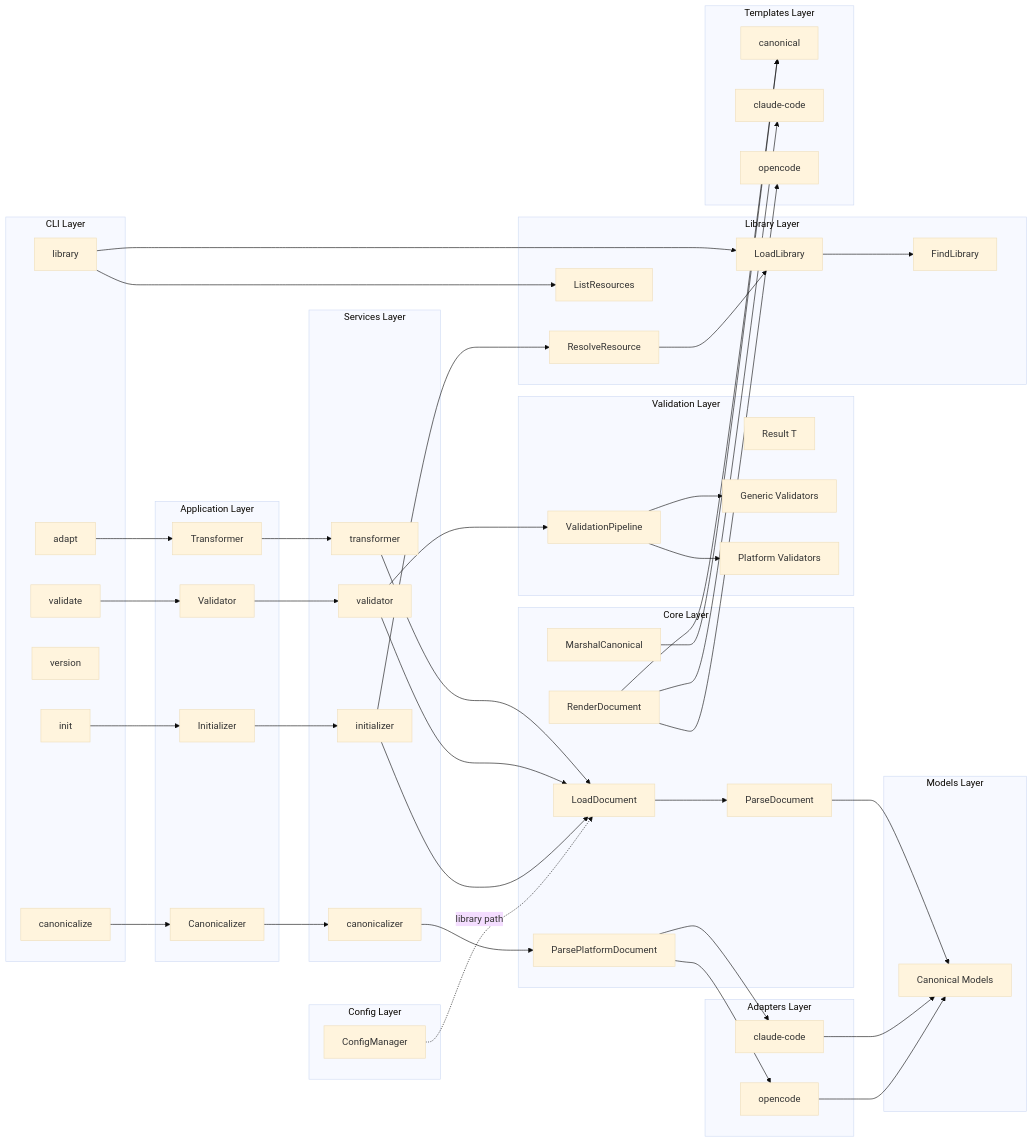
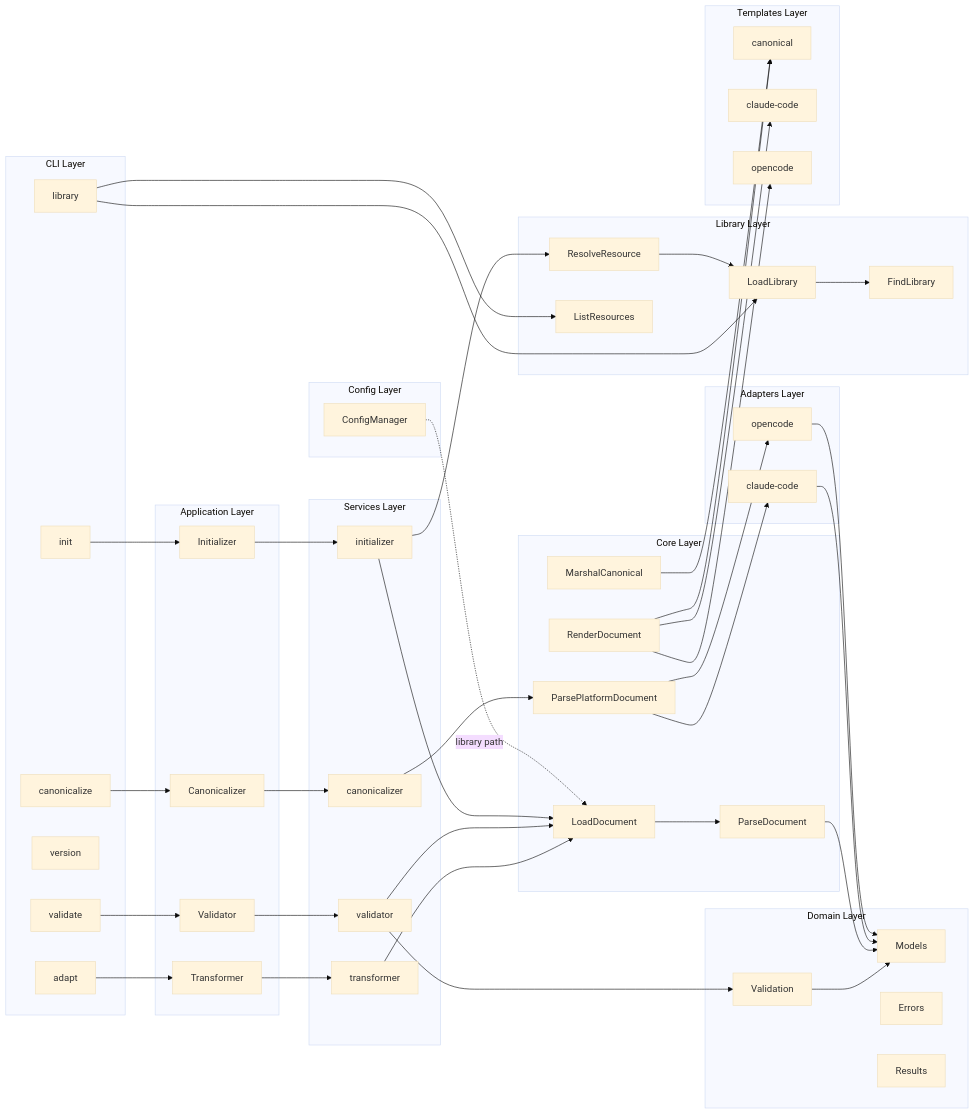
One commit to amauryconstant/germinator changed the first of 2 diagrams in AGENTS.md. Above: the diagram before and after it, drawn with Mermaid (base theme). The commit also changed other lines of this file and 4 other files, not shown here.

````diff
--- a/AGENTS.md
+++ b/AGENTS.md
@@ -44,11 +44,11 @@
         MC[MarshalCanonical]
     end
 
-    subgraph VAL[Validation Layer]
-        RS[Result T]
-        VP[ValidationPipeline]
-        GV[Generic Validators]
-        PV[Platform Validators]
+    subgraph DOMAIN[Domain Layer]
+        DM[Models]
+        DE[Errors]
+        DV[Validation]
+        DR[Results]
     end
 
     subgraph CFG[Config Layer]
@@ -58,10 +58,6 @@
     subgraph ADP[Adapters Layer]
         ACC[claude-code]
         AOC[opencode]
-    end
-
-    subgraph MOD[Models Layer]
-        MD[Canonical Models]
     end
 
     subgraph TPL[Templates Layer]
@@ -82,9 +78,8 @@
     II --> IN
     ST --> LDc
     SV --> LDc
-    SV --> VP
-    VP --> GV
-    VP --> PV
+    SV --> DV
+    DV --> DM
     SC --> MP
     IN --> LDc
     IN --> LR
@@ -95,10 +90,10 @@
     R --> TCC
     R --> TOC
     MC --> TC
-    P --> MD
+    P --> DM
     MP --> ACC
     MP --> AOC
-    ACC --> MD
-    AOC --> MD
+    ACC --> DM
+    AOC --> DM
     CM -.->|library path| LDc
 ```
````
